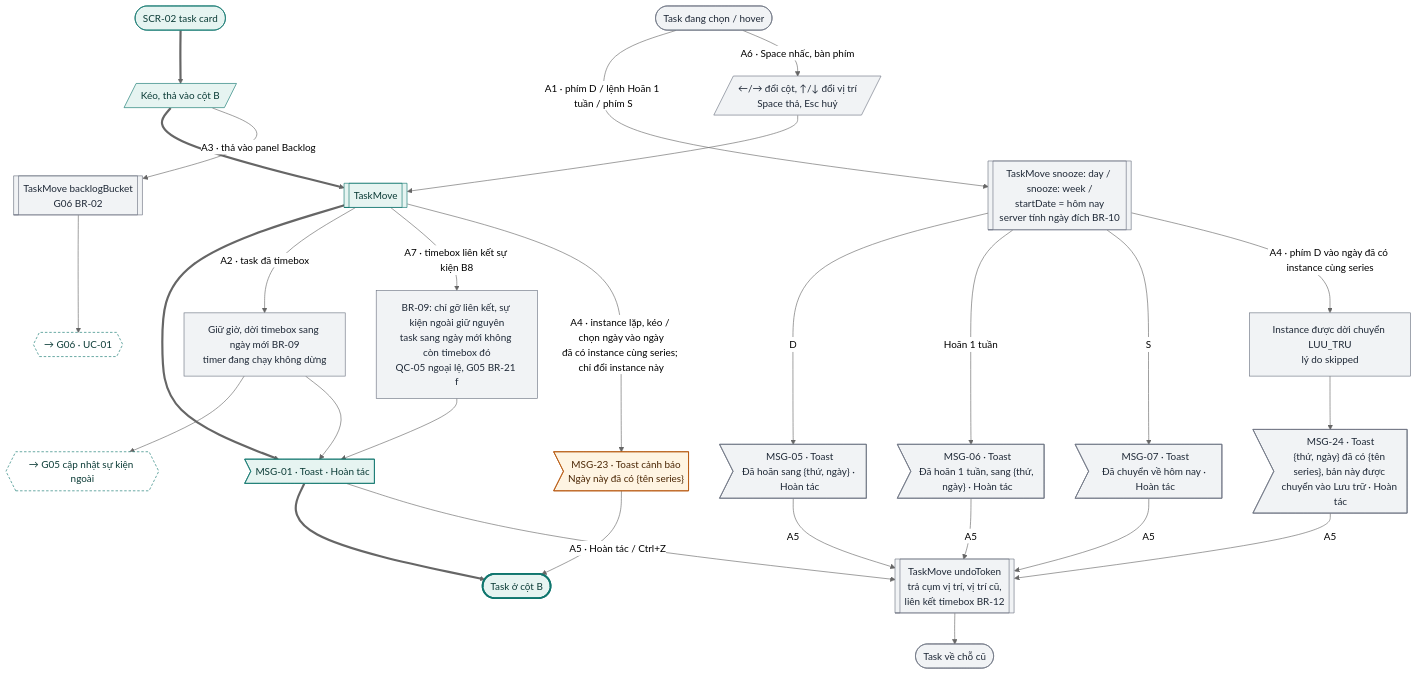
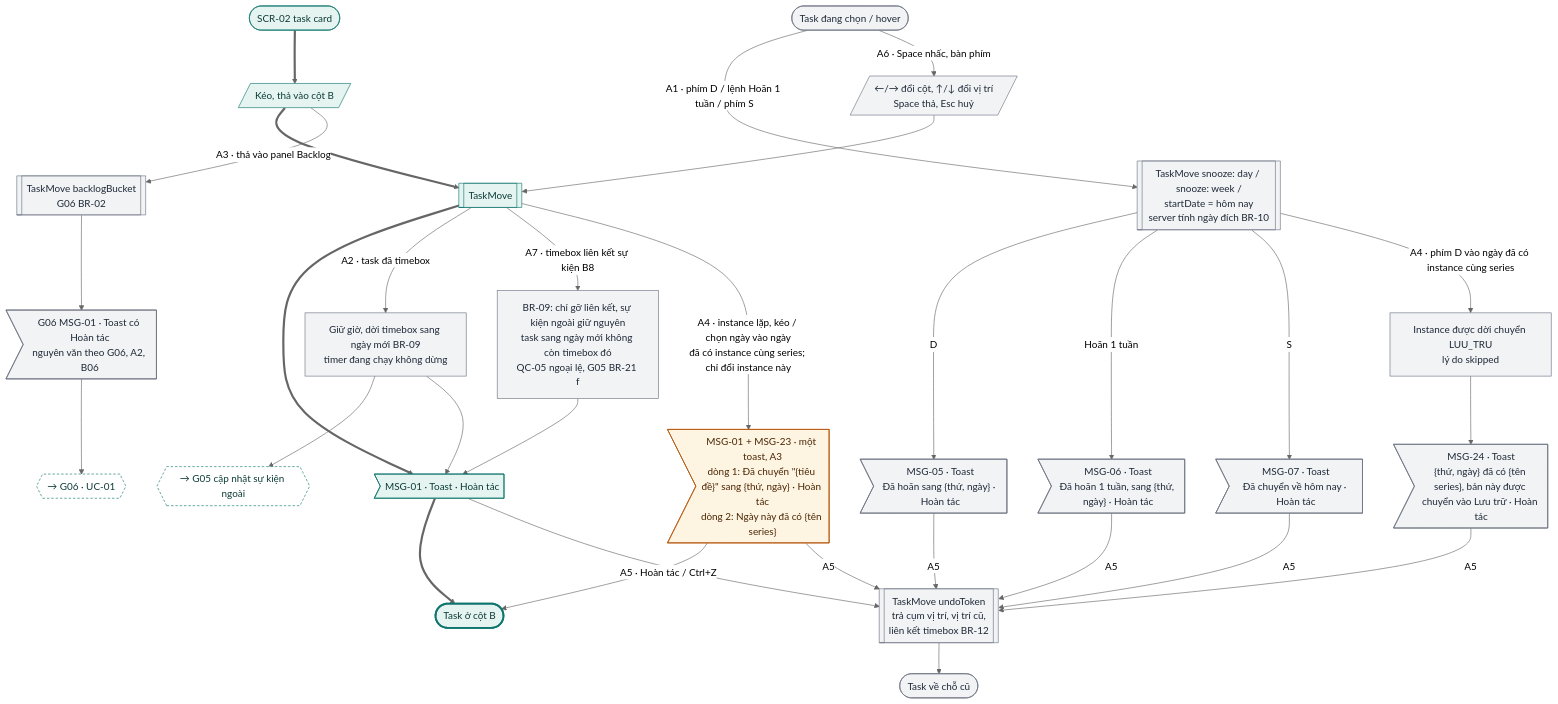
Before and after one commit to tannguyenho/personal-app: the eighth of 20 diagrams in docs/design-brief/flow/g04-board-ngay.md, drawn with Mermaid (neutral theme). The commit also changed other lines of this file and 6 other files, not shown here.

First line of the commit message:
docs(G02, G04): áp quyết định PO 09/11 vào SRS, PRD, flow; IA trỏ mã mới

````diff
--- a/docs/design-brief/flow/g04-board-ngay.md
+++ b/docs/design-brief/flow/g04-board-ngay.md
@@ -318,48 +320,50 @@
 ```mermaid
 flowchart TD
   s0(["SCR-02 task card"])
   u1[/"Kéo, thả vào cột B"/]
   p1[["TaskMove"]]
   m1>"MSG-01 · Toast · Hoàn tác"]
   ok(["Task ở cột B"])
   s0 ==> u1 ==> p1 ==> m1 ==> ok
 
   start2(["Task đang chọn / hover"]) -->|"A1 · phím D / lệnh Hoãn 1 tuần / phím S"| a1[["TaskMove snooze: day / snooze: week /<br/>startDate = hôm nay<br/>server tính ngày đích BR-10"]]
   a1 -->|"D"| a1d>"MSG-05 · Toast<br/>Đã hoãn sang {thứ, ngày} · Hoàn tác"]
   a1 -->|"Hoãn 1 tuần"| a1w>"MSG-06 · Toast<br/>Đã hoãn 1 tuần, sang {thứ, ngày} · Hoàn tác"]
   a1 -->|"S"| a1s>"MSG-07 · Toast<br/>Đã chuyển về hôm nay · Hoàn tác"]
   start2 -->|"A6 · Space nhấc, bàn phím"| a6[/"←/→ đổi cột, ↑/↓ đổi vị trí<br/>Space thả, Esc huỷ"/]
   a6 --> p1
   u1 -->|"A3 · thả vào panel Backlog"| a3[["TaskMove backlogBucket<br/>G06 BR-02"]]
-  a3 --> a3x{{"→ G06 · UC-01"}}
+  a3 --> a3m>"G06 MSG-01 · Toast có Hoàn tác<br/>nguyên văn theo G06, A2, B06"]
+  a3m --> a3x{{"→ G06 · UC-01"}}
   p1 -->|"A2 · task đã timebox"| a2["Giữ giờ, dời timebox sang ngày mới BR-09<br/>timer đang chạy không dừng"]
   a2 --> a2x{{"→ G05 cập nhật sự kiện ngoài"}}
   a2 --> m1
   p1 -->|"A7 · timebox liên kết sự kiện B8"| a7["BR-09: chỉ gỡ liên kết, sự kiện ngoài giữ nguyên<br/>task sang ngày mới không còn timebox đó<br/>QC-05 ngoại lệ, G05 BR-21 f"]
   a7 --> m1
-  p1 -->|"A4 · instance lặp, kéo / chọn ngày vào ngày<br/>đã có instance cùng series; chỉ đổi instance này"| a4m>"MSG-23 · Toast cảnh báo<br/>Ngày này đã có {tên series}"]
+  p1 -->|"A4 · instance lặp, kéo / chọn ngày vào ngày<br/>đã có instance cùng series; chỉ đổi instance này"| a4m>"MSG-01 + MSG-23 · một toast, A3<br/>dòng 1: Đã chuyển #quot;{tiêu đề}#quot; sang {thứ, ngày} · Hoàn tác<br/>dòng 2: Ngày này đã có {tên series}"]
   a4m --> ok
+  a4m -->|"A5"| a5
   a1 -->|"A4 · phím D vào ngày đã có instance cùng series"| a4d["Instance được dời chuyển LUU_TRU<br/>lý do skipped"]
   a4d --> a4dm>"MSG-24 · Toast<br/>{thứ, ngày} đã có {tên series}, bản này được chuyển vào Lưu trữ · Hoàn tác"]
   m1 -->|"A5 · Hoàn tác / Ctrl+Z"| a5[["TaskMove undoToken<br/>trả cụm vị trí, vị trí cũ,<br/>liên kết timebox BR-12"]]
   a1d -->|"A5"| a5
   a1w -->|"A5"| a5
   a1s -->|"A5"| a5
   a4dm -->|"A5"| a5
   a5 --> a5e(["Task về chỗ cũ"])
 
   class s0,u1,p1,m1 happy
-  class start2,a1,a1d,a1w,a1s,a6,a3,a2,a7,a4d,a4dm,a5,a5e alt
+  class start2,a1,a1d,a1w,a1s,a6,a3,a3m,a2,a7,a4d,a4dm,a5,a5e alt
   class a4m warn
   class a3x,a2x link
   class ok done
   classDef happy fill:#E6F4F1,stroke:#0F766E,color:#0B3B36
   classDef alt fill:#F1F3F5,stroke:#6B7280,color:#1F2937
   classDef err fill:#FDECEC,stroke:#B42318,color:#5C1010
   classDef warn fill:#FEF4E2,stroke:#B45309,color:#4A2604
   classDef ai fill:#F1ECFD,stroke:#6D28D9,color:#2E1065
   classDef sync fill:#FFFFFF,stroke:#6B7280,stroke-dasharray:4 3,color:#1F2937
   classDef link fill:#FFFFFF,stroke:#0F766E,stroke-dasharray:4 3,color:#0B3B36
   classDef done fill:#E6F4F1,stroke:#0F766E,stroke-width:3px,color:#0B3B36
   classDef fail fill:#FDECEC,stroke:#B42318,stroke-width:3px,color:#5C1010
 ```
````
